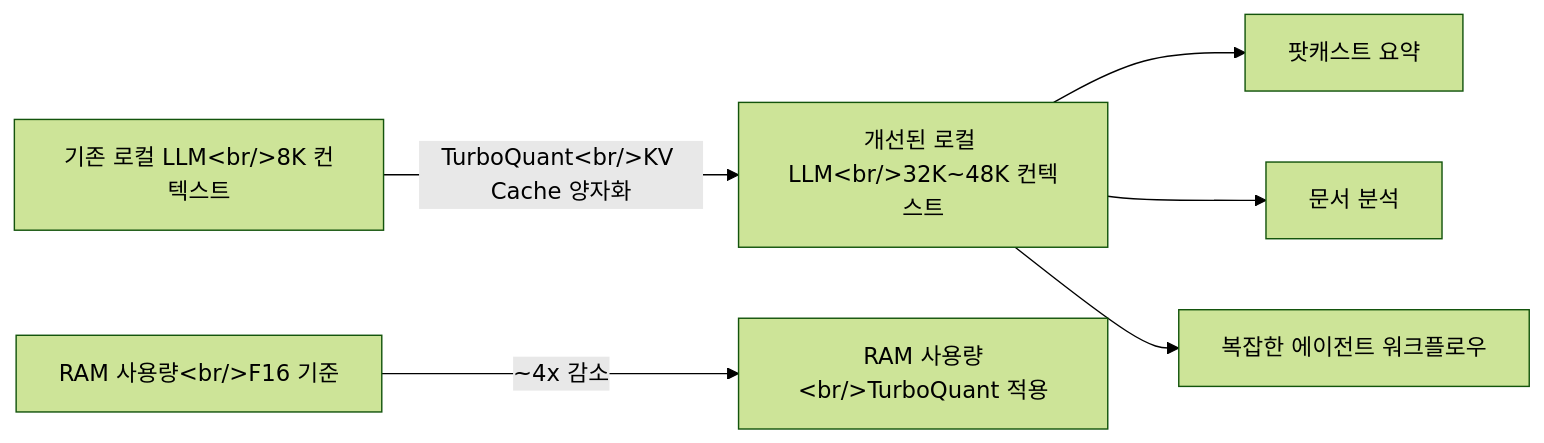
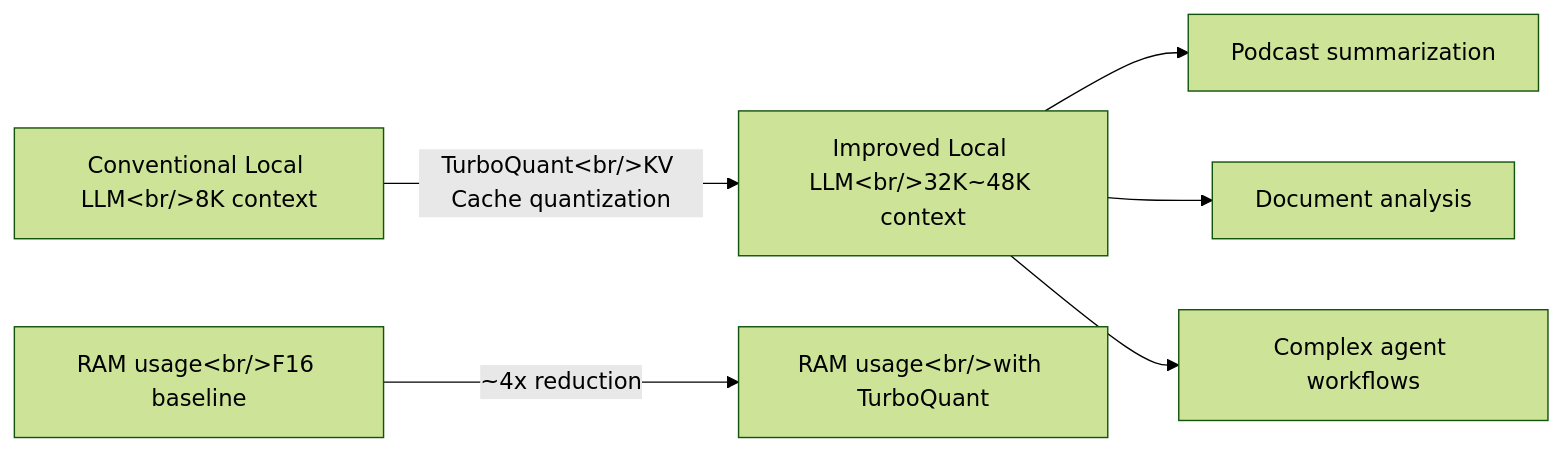
One commit to ice-ice-bear/ice-ice-bear.github.io changed the first of 2 diagrams in content/en/posts/2026-04-02-turboquant-plit.md. Above: the diagram before and after it, drawn with Mermaid (forest theme). The commit also changed other lines of this file and 23 other files, not shown here.

````diff
--- a/content/en/posts/2026-04-02-turboquant-plit.md
+++ b/content/en/posts/2026-04-02-turboquant-plit.md
@@ -32,9 +32,9 @@
 ```mermaid
 flowchart LR
-    A["기존 로컬 LLM&lt;br/&gt;8K 컨텍스트"] -->|"TurboQuant&lt;br/&gt;KV Cache 양자화"| B["개선된 로컬 LLM&lt;br/&gt;32K~48K 컨텍스트"]
-    B --> C["팟캐스트 요약"]
-    B --> D["문서 분석"]
-    B --> E["복잡한 에이전트 워크플로우"]
+    A["Conventional Local LLM&lt;br/&gt;8K context"] -->|"TurboQuant&lt;br/&gt;KV Cache quantization"| B["Improved Local LLM&lt;br/&gt;32K~48K context"]
+    B --> C["Podcast summarization"]
+    B --> D["Document analysis"]
+    B --> E["Complex agent workflows"]
     
-    F["RAM 사용량&lt;br/&gt;F16 기준"] -->|"~4x 감소"| G["RAM 사용량&lt;br/&gt;TurboQuant 적용"]
+    F["RAM usage&lt;br/&gt;F16 baseline"] -->|"~4x reduction"| G["RAM usage&lt;br/&gt;with TurboQuant"]
 ```
````
